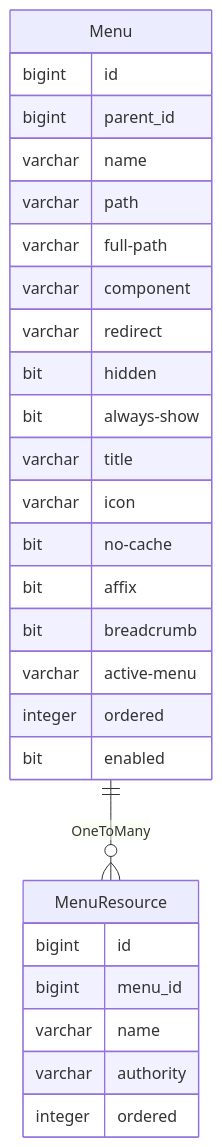
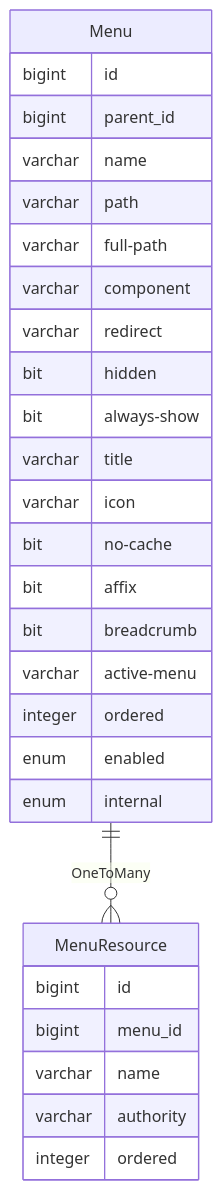
Before and after one commit to mrzhqiang/rowing: the diagram in docs/1.develop/1.7.menu.md, drawn with Mermaid. The commit also changed other lines of this file and 26 other files, not shown here.

````diff
--- a/docs/1.develop/1.7.menu.md
+++ b/docs/1.develop/1.7.menu.md
@@ -26,30 +26,31 @@
 ```mermaid
 erDiagram
     Menu ||--o{ MenuResource : OneToMany
     Menu {
         bigint     id
         bigint     parent_id
         varchar    name
         varchar    path
         varchar    full-path
         varchar    component
         varchar    redirect
         bit        hidden
         bit        always-show
         varchar    title
         varchar    icon
         bit        no-cache
         bit        affix
         bit        breadcrumb
         varchar    active-menu
         integer    ordered
-        bit        enabled
+        enum       enabled
+        enum       internal
     }
     MenuResource {
         bigint      id
         bigint      menu_id
         varchar     name
         varchar     authority
         integer     ordered
     }
 ```
````
